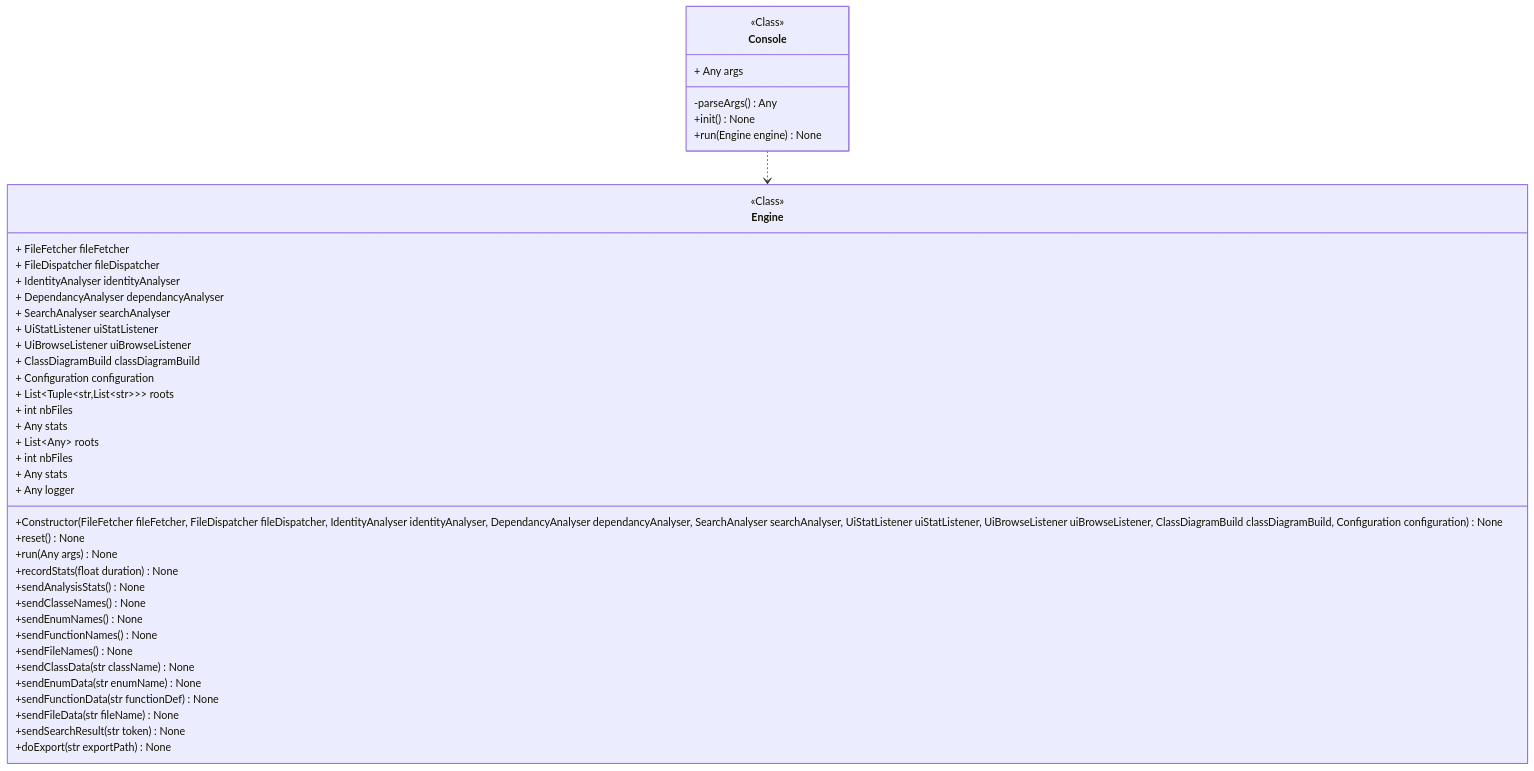
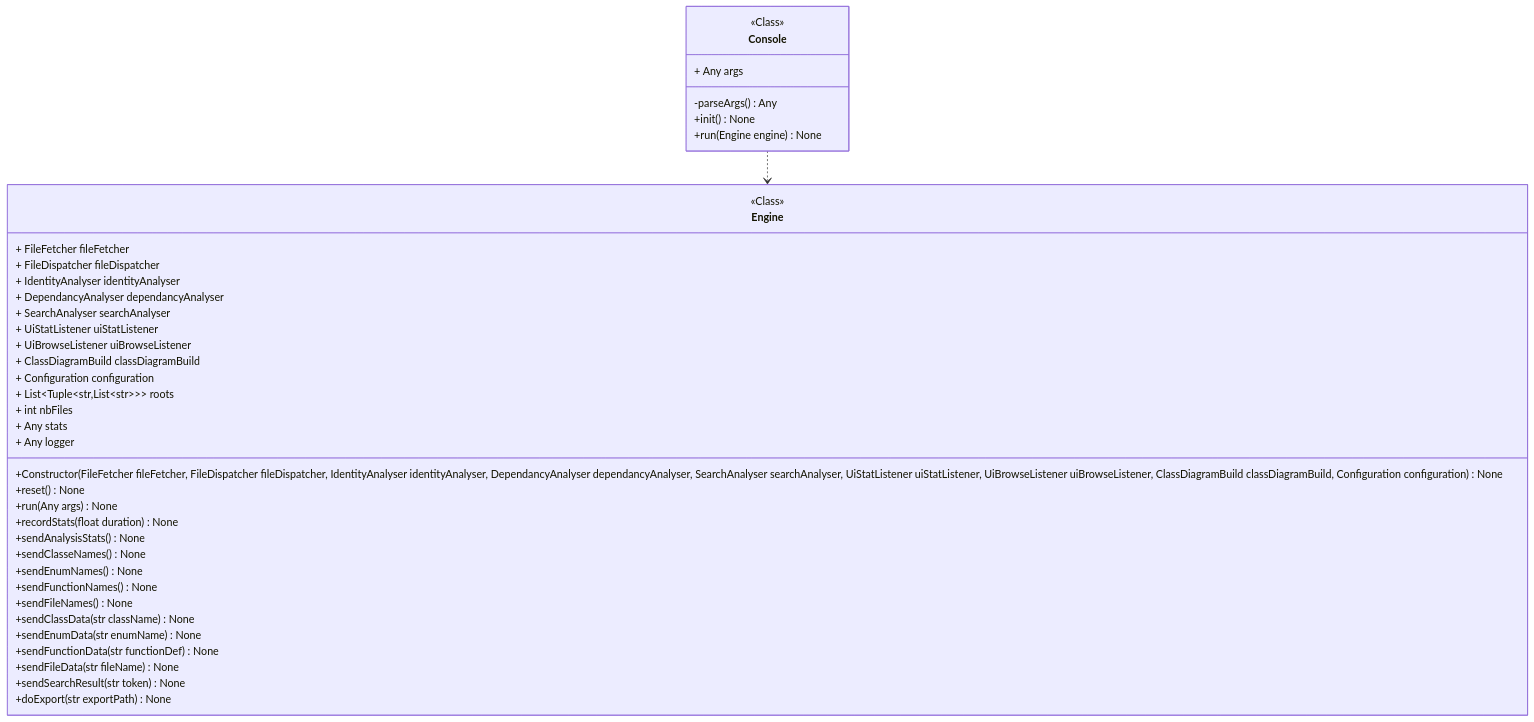
One commit to miong/pycodeanalyzer changed the diagram in docs/source/code/diagrams/pycodeanalyzer_core_console_console_Console.mmd. Above: the diagram before and after it, drawn with Mermaid. The commit also changed 17 other files, not shown here.

```diff
--- a/docs/source/code/diagrams/pycodeanalyzer_core_console_console_Console.mmd
+++ b/docs/source/code/diagrams/pycodeanalyzer_core_console_console_Console.mmd
@@ -1,44 +1,41 @@
 classDiagram
 class Console {
 <<Class>>
 + Any args
 -parseArgs() Any
 +init() None
 +run(Engine engine) None
 }
 class Engine {
 <<Class>>
 + FileFetcher fileFetcher
 + FileDispatcher fileDispatcher
 + IdentityAnalyser identityAnalyser
 + DependancyAnalyser dependancyAnalyser
 + SearchAnalyser searchAnalyser
 + UiStatListener uiStatListener
 + UiBrowseListener uiBrowseListener
 + ClassDiagramBuild classDiagramBuild
 + Configuration configuration
 + List&lt;Tuple&lt;str,List&lt;str&gt;&gt;&gt; roots
 + int nbFiles
 + Any stats
-+ List~Any~ roots
-+ int nbFiles
-+ Any stats
 + Any logger
 +Constructor(FileFetcher fileFetcher, FileDispatcher fileDispatcher, IdentityAnalyser identityAnalyser, DependancyAnalyser dependancyAnalyser, SearchAnalyser searchAnalyser, UiStatListener uiStatListener, UiBrowseListener uiBrowseListener, ClassDiagramBuild classDiagramBuild, Configuration configuration) None
 +reset() None
 +run(Any args) None
 +recordStats(float duration) None
 +sendAnalysisStats() None
 +sendClasseNames() None
 +sendEnumNames() None
 +sendFunctionNames() None
 +sendFileNames() None
 +sendClassData(str className) None
 +sendEnumData(str enumName) None
 +sendFunctionData(str functionDef) None
 +sendFileData(str fileName) None
 +sendSearchResult(str token) None
 +doExport(str exportPath) None
 }
 link Engine "class££pycodeanalyzer::core::engine::engine::Engine"
 Console ..> Engine
```
